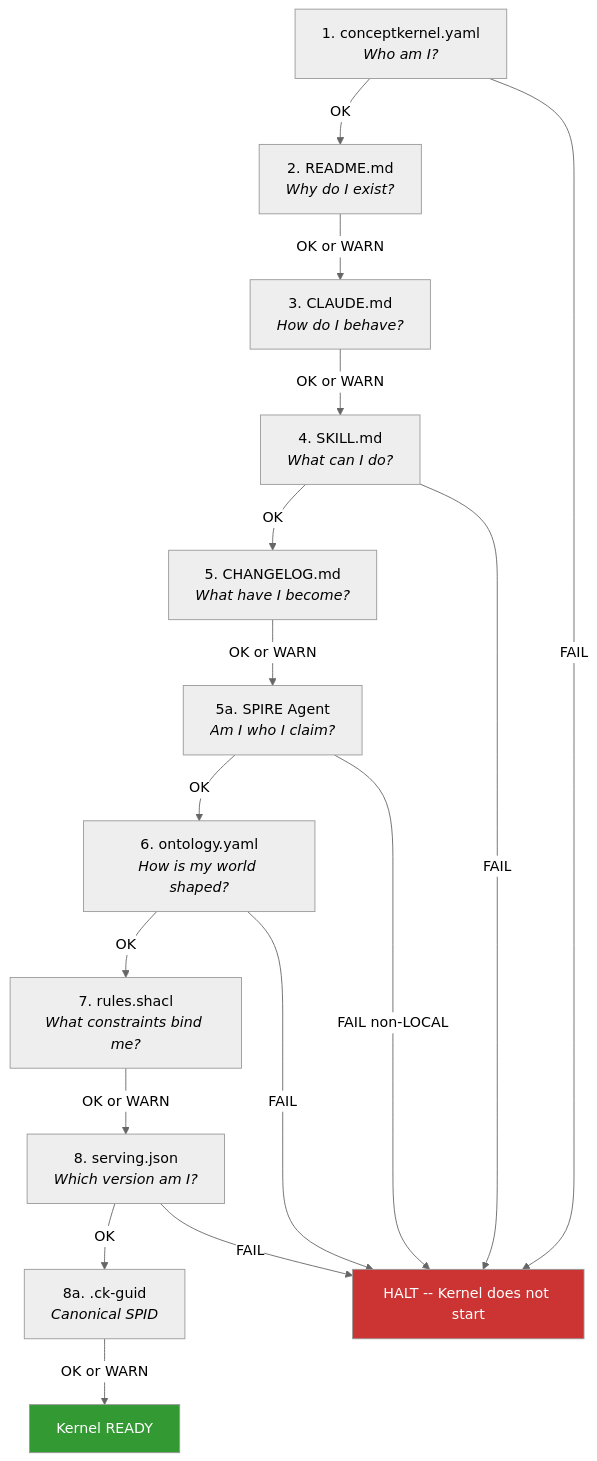
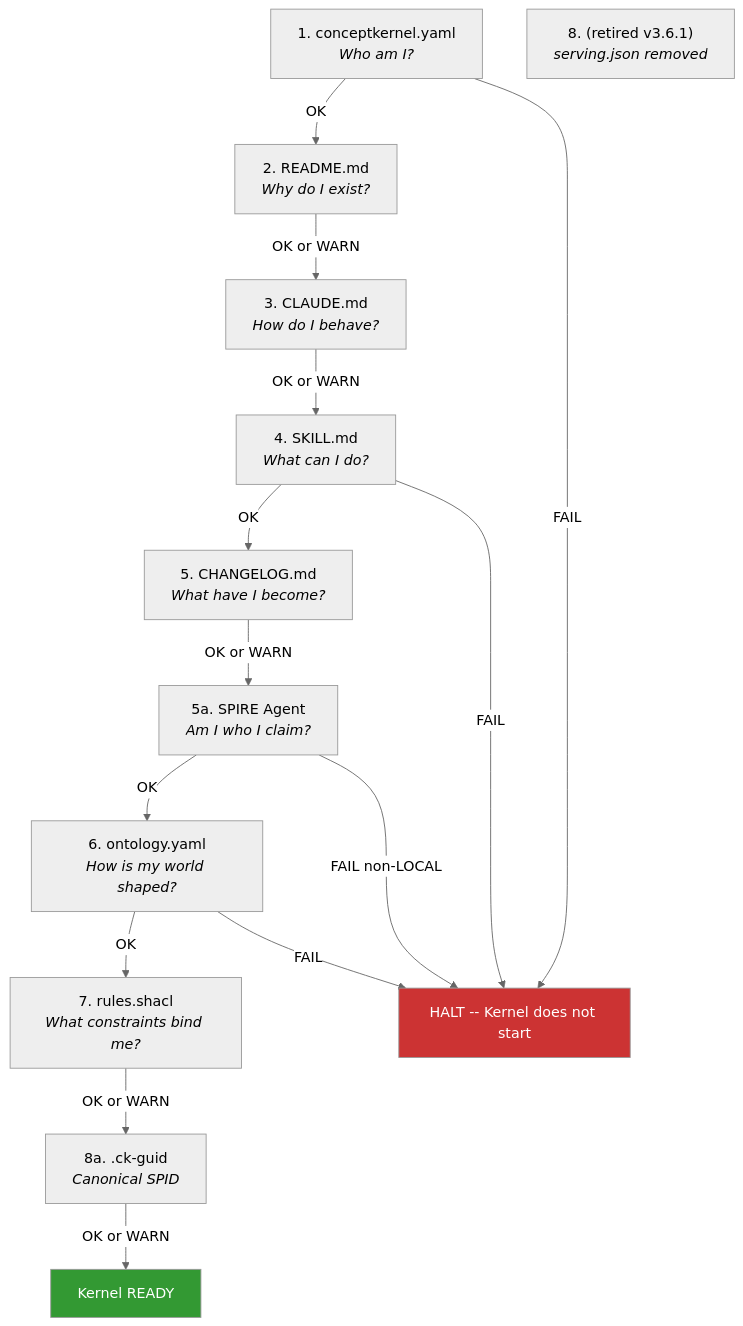
The diagram in docs/v3.6/ck-loop.md (ConceptKernel/conceptkernel.github.io), drawn with Mermaid (neutral theme) before and after one commit. The commit also changed other lines of this file and 27 other files, not shown here.

````diff
--- a/docs/v3.6/ck-loop.md
+++ b/docs/v3.6/ck-loop.md
@@ -39,34 +39,32 @@
 ```mermaid
 graph TD
     S1["1. conceptkernel.yaml<br/><em>Who am I?</em>"]
     S2["2. README.md<br/><em>Why do I exist?</em>"]
     S3["3. CLAUDE.md<br/><em>How do I behave?</em>"]
     S4["4. SKILL.md<br/><em>What can I do?</em>"]
     S5["5. CHANGELOG.md<br/><em>What have I become?</em>"]
     S5a["5a. SPIRE Agent<br/><em>Am I who I claim?</em>"]
     S6["6. ontology.yaml<br/><em>How is my world shaped?</em>"]
     S7["7. rules.shacl<br/><em>What constraints bind me?</em>"]
-    S8["8. serving.json<br/><em>Which version am I?</em>"]
+    S8["8. (retired v3.6.1)<br/><em>serving.json removed</em>"]
     S8a["8a. .ck-guid<br/><em>Canonical SPID</em>"]
     FAIL["HALT -- Kernel does not start"]
     READY["Kernel READY"]
 
     S1 -->|OK| S2
     S1 -->|FAIL| FAIL
     S2 -->|OK or WARN| S3
     S3 -->|OK or WARN| S4
     S4 -->|OK| S5
     S4 -->|FAIL| FAIL
     S5 -->|OK or WARN| S5a
     S5a -->|OK| S6
     S5a -->|FAIL non-LOCAL| FAIL
     S6 -->|OK| S7
     S6 -->|FAIL| FAIL
-    S7 -->|OK or WARN| S8
-    S8 -->|OK| S8a
-    S8 -->|FAIL| FAIL
+    S7 -->|OK or WARN| S8a
     S8a -->|OK or WARN| READY
 
     style FAIL fill:#cc3333,color:#fff
     style READY fill:#339933,color:#fff
 ```
````
